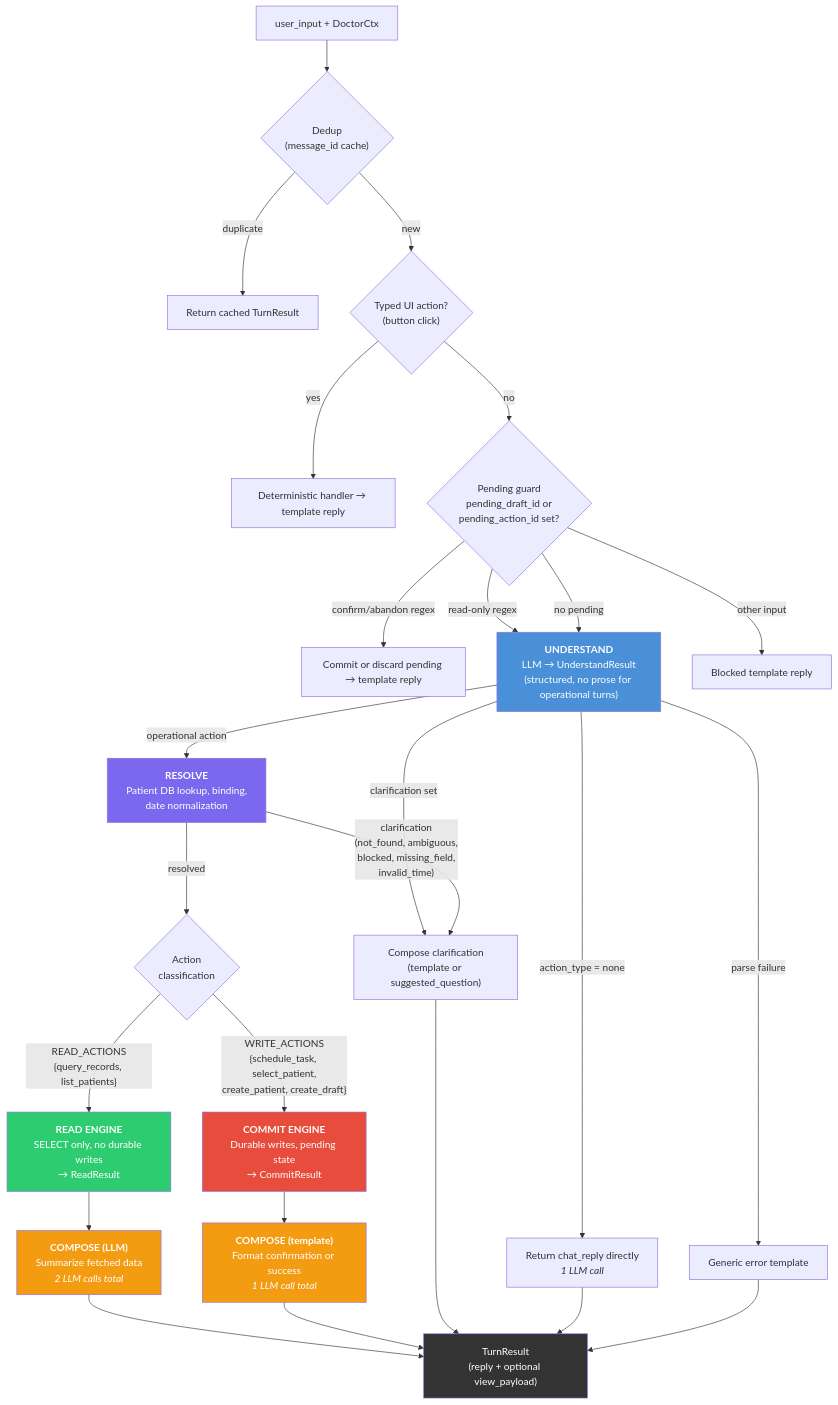
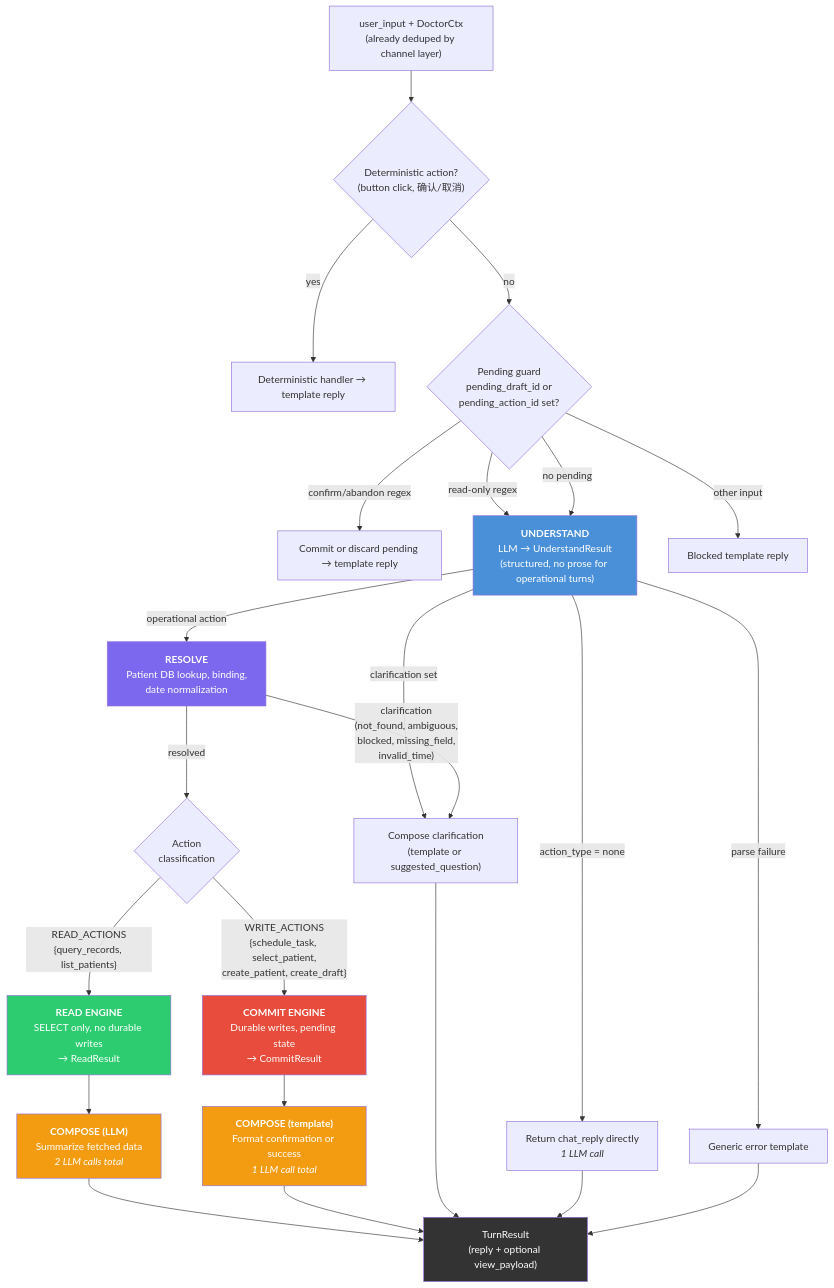
The first of 7 diagrams in docs/adr/0012-architecture-diagram.md (moments8890/doctor-ai-agent), drawn with Mermaid before and after one commit. The commit also changed 2 other files, not shown here.

Commit message:
docs: move dedup to channel layer, rename typed UI action to deterministic action
- Dedup is a transport concern (WeChat retries), not a runtime concern.
  Channels filter duplicates before calling process_turn().
- Rename "Typed UI action" to "deterministic action" — clearer split
  between actions that skip understand entirely vs free-text messages.
- Merge the two deterministic rows in §2 decision table into one.
- Update ARCHITECTURE.md pipeline, public API, and WeChat flow.

````diff
--- a/docs/adr/0012-architecture-diagram.md
+++ b/docs/adr/0012-architecture-diagram.md
@@ -8,58 +8,56 @@
 ```mermaid
 flowchart TD
-    input["user_input + DoctorCtx"]
+    input["user_input + DoctorCtx<br/>(already deduped by channel layer)"]
 
     %% Pre-pipeline guards
-    input --> dedup{"Dedup<br/>(message_id cache)"}
-    dedup -->|duplicate| cached_reply["Return cached TurnResult"]
-    dedup -->|new| typed{"Typed UI action?<br/>(button click)"}
-    typed -->|yes| det_handler["Deterministic handler → template reply"]
-    typed -->|no| pending{"Pending guard<br/>pending_draft_id or<br/>pending_action_id set?"}
+    input --> det{"Deterministic action?<br/>(button click, 确认/取消)"}
+    det -->|yes| det_handler["Deterministic handler → template reply"]
+    det -->|no| pending{"Pending guard<br/>pending_draft_id or<br/>pending_action_id set?"}
 
     pending -->|"confirm/abandon regex"| commit_or_discard["Commit or discard pending → template reply"]
     pending -->|"read-only regex"| understand
     pending -->|"other input"| blocked_reply["Blocked template reply"]
     pending -->|"no pending"| understand
 
     %% Understand phase
     understand["<b>UNDERSTAND</b><br/>LLM → UnderstandResult<br/>(structured, no prose for operational turns)"]
 
     understand -->|"action_type = none"| direct_reply["Return chat_reply directly<br/><i>1 LLM call</i>"]
     understand -->|"clarification set"| clarify_compose["Compose clarification<br/>(template or suggested_question)"]
     understand -->|"parse failure"| error_template["Generic error template"]
     understand -->|"operational action"| resolve
 
     %% Execute phase - Resolve
     resolve["<b>RESOLVE</b><br/>Patient DB lookup, binding,<br/>date normalization"]
 
     resolve -->|"clarification<br/>(not_found, ambiguous,<br/>blocked, missing_field,<br/>invalid_time)"| clarify_compose
     resolve -->|"resolved"| dispatch{"Action<br/>classification"}
 
     dispatch -->|"READ_ACTIONS<br/>{query_records, list_patients}"| read_engine
     dispatch -->|"WRITE_ACTIONS<br/>{schedule_task, select_patient,<br/>create_patient, create_draft}"| commit_engine
 
     %% Read engine
     read_engine["<b>READ ENGINE</b><br/>SELECT only, no durable writes<br/>→ ReadResult"]
 
     %% Commit engine
     commit_engine["<b>COMMIT ENGINE</b><br/>Durable writes, pending state<br/>→ CommitResult"]
 
     %% Compose phase
     read_engine --> compose_llm["<b>COMPOSE (LLM)</b><br/>Summarize fetched data<br/><i>2 LLM calls total</i>"]
     commit_engine --> compose_template["<b>COMPOSE (template)</b><br/>Format confirmation or success<br/><i>1 LLM call total</i>"]
 
     compose_llm --> turn_result["TurnResult<br/>(reply + optional view_payload)"]
     compose_template --> turn_result
     clarify_compose --> turn_result
     direct_reply --> turn_result
     error_template --> turn_result
 
     %% Styling
     style understand fill:#4a90d9,color:#fff
     style resolve fill:#7b68ee,color:#fff
     style read_engine fill:#2ecc71,color:#fff
     style commit_engine fill:#e74c3c,color:#fff
     style compose_llm fill:#f39c12,color:#fff
     style compose_template fill:#f39c12,color:#fff
     style turn_result fill:#333,color:#fff
 ```
````
